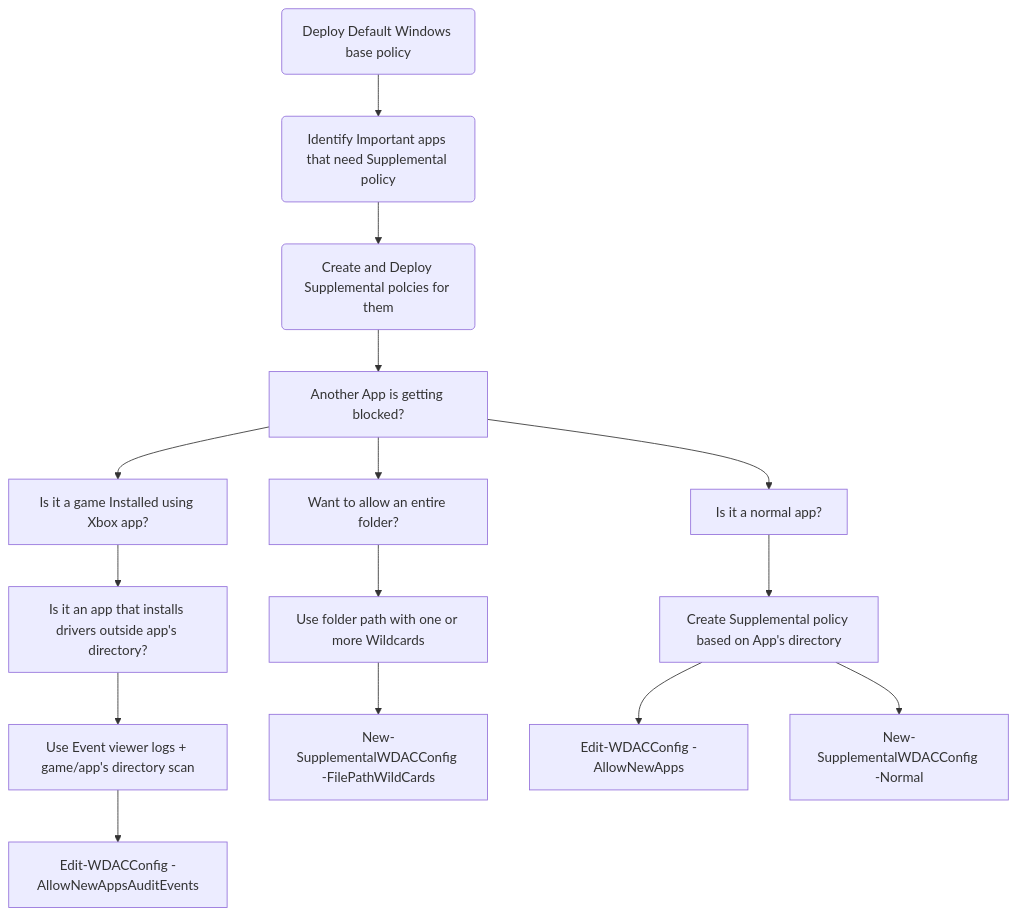
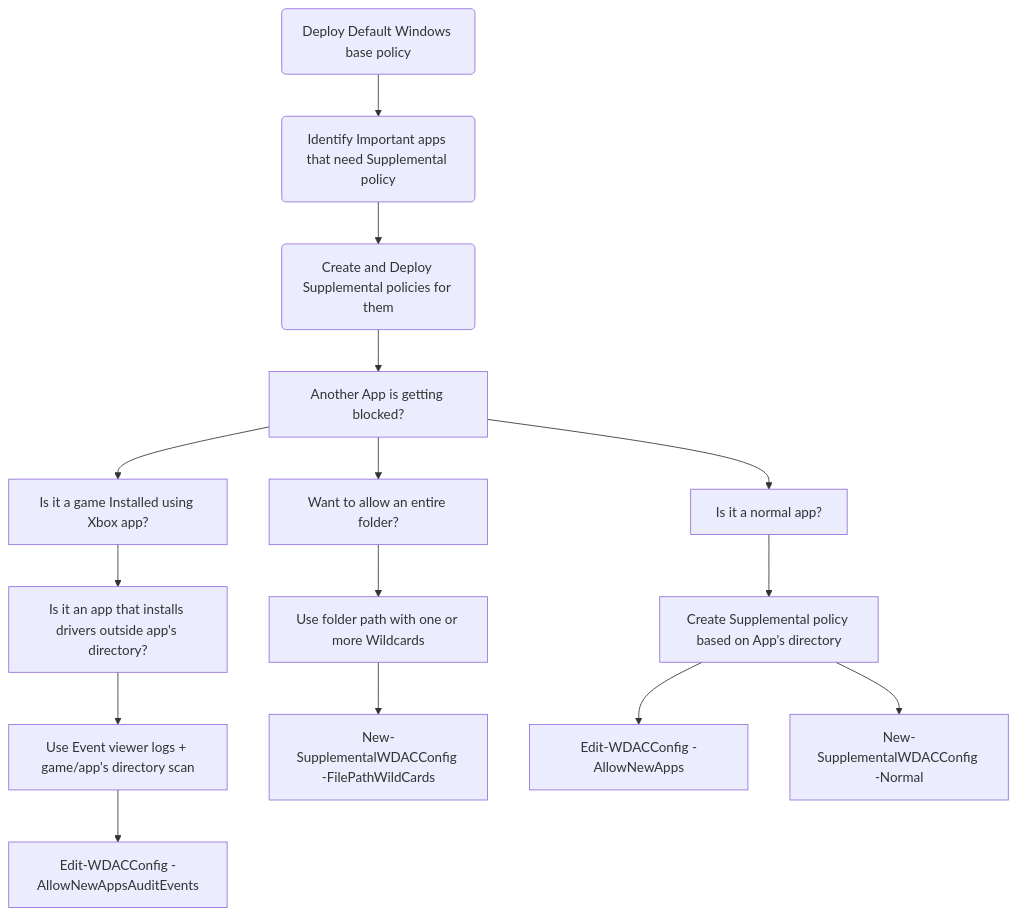
Before and after one commit to HotCakeX/Harden-Windows-Security: the second of 2 diagrams in Wiki posts/Windows Defender Application Control (WDAC)/WDAC for Fully managed device - Variant 1.md, drawn with Mermaid. The commit also changed 4 other files, not shown here.

````diff
--- a/Wiki posts/Windows Defender Application Control (WDAC)/WDAC for Fully managed device - Variant 1.md
+++ b/Wiki posts/Windows Defender Application Control (WDAC)/WDAC for Fully managed device - Variant 1.md
@@ -174,17 +174,17 @@
 ```mermaid
 flowchart TD
     A(Deploy Default Windows base policy) -->B(Identify Important apps that need Supplemental policy)
-    B --> C(Create and Deploy Supplemental polcies for them)
+    B --> C(Create and Deploy Supplemental policies for them)
     C --> D[Another App is getting blocked?]
     D --> E[Is it a normal app?]
     E --> F[Create Supplemental policy based on App's directory]
     D --> G[Is it a game Installed using Xbox app?]
     G --> H[Is it an app that installs drivers outside app's directory?]
     H --> I[Use Event viewer logs + game/app's directory scan]
     I --> J[Edit-WDACConfig -AllowNewAppsAuditEvents]      
     D --> L[Want to allow an entire folder?]
     L --> M[Use folder path with one or more Wildcards]
     M --> N[New-SupplementalWDACConfig -FilePathWildCards]
     F --> O[Edit-WDACConfig -AllowNewApps]
     F --> Q[New-SupplementalWDACConfig -Normal]
 ```
````
